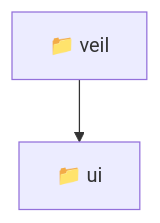
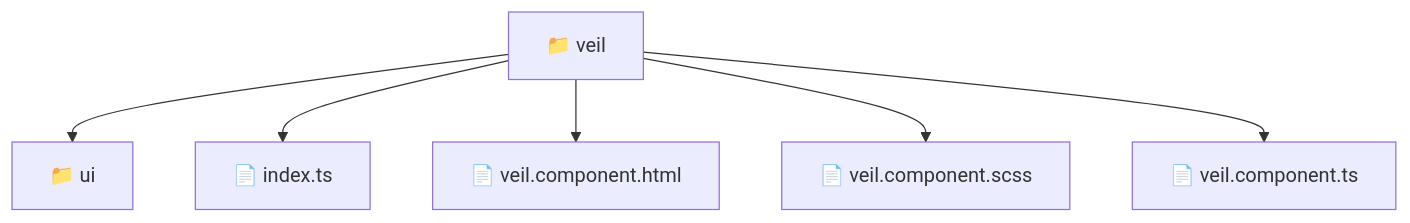
The diagram in frontend/src/pages/veil/README.md (beginwebdev2002/fullstack-mavluda), drawn with Mermaid before and after one commit. The commit also changed other lines of this file and 165 other files, not shown here.

First line of the commit message:
docs: generate localized architectural READMEs

````diff
--- a/frontend/src/pages/veil/README.md
+++ b/frontend/src/pages/veil/README.md
@@ -10,5 +11,9 @@
 ```mermaid
 graph TD
-  Root["📁 veil"]
-  Root --> ui["📁 ui"]
+  veil["📁 veil"]
+  veil --> ui["📁 ui"]
+  veil --> index_ts["📄 index.ts"]
+  veil --> veil_component_html["📄 veil.component.html"]
+  veil --> veil_component_scss["📄 veil.component.scss"]
+  veil --> veil_component_ts["📄 veil.component.ts"]
 ```
````
